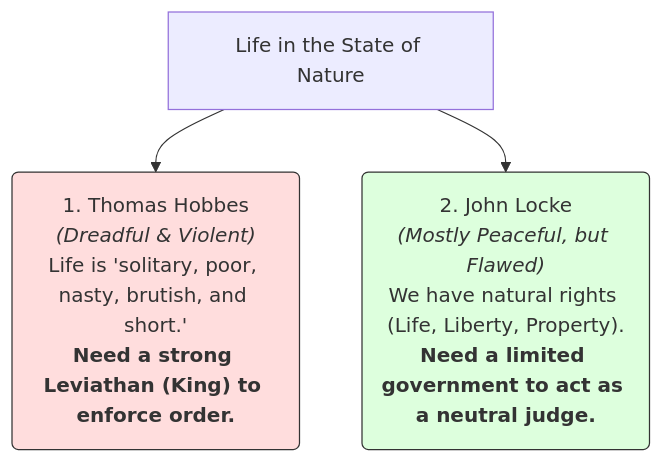
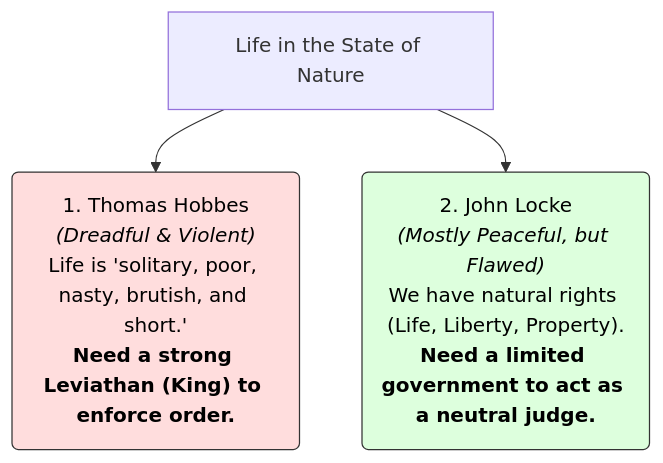
The diagram in humanities-finance-society/Philosophy/PoliticalPhilosophy101.md (AtlasRoX/everything101), drawn with Mermaid before and after one commit. The commit also changed 27 other files, not shown here.

````diff
--- a/humanities-finance-society/Philosophy/PoliticalPhilosophy101.md
+++ b/humanities-finance-society/Philosophy/PoliticalPhilosophy101.md
@@ -46,8 +46,8 @@
 ```mermaid
 graph TD
     Nature[Life in the State of Nature] --> Hobbes("1. Thomas Hobbes<br><i>(Dreadful & Violent)</i><br>Life is 'solitary, poor, nasty, brutish, and short.'<br><b>Need a strong Leviathan (King) to enforce order.</b>")
     Nature --> Locke("2. John Locke<br><i>(Mostly Peaceful, but Flawed)</i><br>We have natural rights (Life, Liberty, Property).<br><b>Need a limited government to act as a neutral judge.</b>")
     
-    style Hobbes fill:#fdd,stroke:#333
-    style Locke fill:#dfd,stroke:#333
+    style Hobbes fill:#fdd,stroke:#333,color:#000
+    style Locke fill:#dfd,stroke:#333,color:#000
 ```
````
